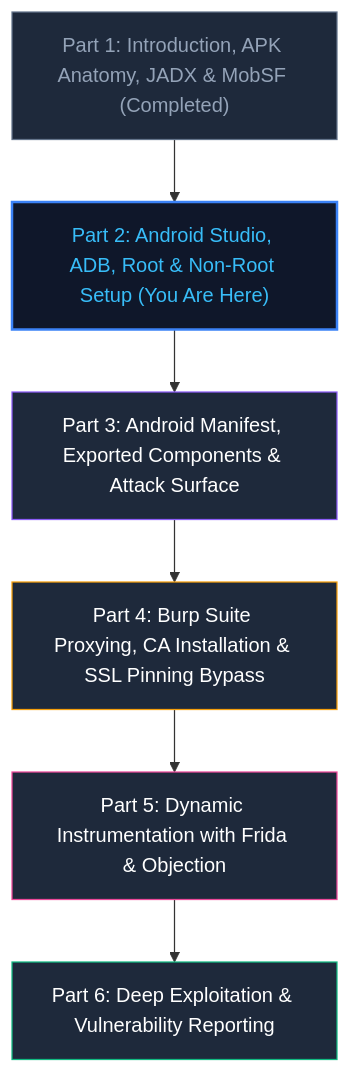
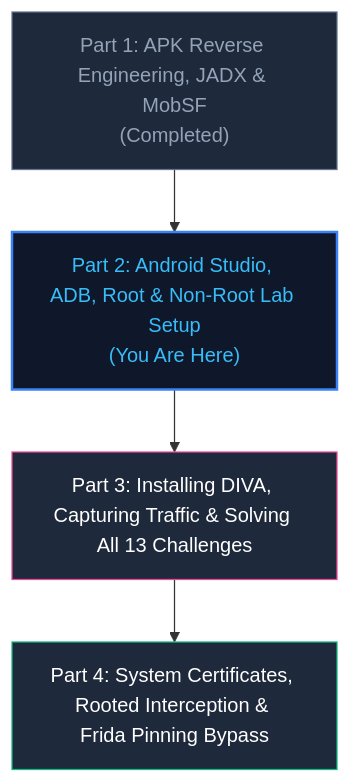
Before and after one commit to sivaoffl04/Cyber-Blog: the eighth of 8 diagrams in Android_pentest/Android Studio, ADB, Root & Non-Root Lab Setup/README.md, drawn with Mermaid. The commit also changed other lines of this file and 8 other files, not shown here.

First line of the commit message:
docs(android-pentest): enhance parts 1-4 with deep technical analysis and accurate course sync

````diff
--- a/Android_pentest/Android Studio, ADB, Root & Non-Root Lab Setup/README.md
+++ b/Android_pentest/Android Studio, ADB, Root & Non-Root Lab Setup/README.md
@@ -1031,23 +1136,16 @@
 ```mermaid
-
 flowchart TD
-    P1["Part 1: Introduction, APK Anatomy, JADX & MobSF (Completed)"]
-    P2["Part 2: Android Studio, ADB, Root & Non-Root Setup (You Are Here)"]
-    P3["Part 3: Android Manifest, Exported Components & Attack Surface"]
-    P4["Part 4: Burp Suite Proxying, CA Installation & SSL Pinning Bypass"]
-    P5["Part 5: Dynamic Instrumentation with Frida & Objection"]
-    P6["Part 6: Deep Exploitation & Vulnerability Reporting"]
+    P1["Part 1: APK Reverse Engineering, JADX & MobSF\n(Completed)"]
+    P2["Part 2: Android Studio, ADB, Root & Non-Root Lab Setup\n(You Are Here)"]
+    P3["Part 3: Installing DIVA, Capturing Traffic & Solving All 13 Challenges"]
+    P4["Part 4: System Certificates, Rooted Interception & Frida Pinning Bypass"]
 
     P1 --> P2
     P2 --> P3
     P3 --> P4
-    P4 --> P5
-    P5 --> P6
 
     style P1 fill:#1e293b,stroke:#64748b,color:#94a3b8
     style P2 fill:#0f172a,stroke:#3b82f6,stroke-width:2px,color:#38bdf8
-    style P3 fill:#1e293b,stroke:#8b5cf6,color:#fff
-    style P4 fill:#1e293b,stroke:#f59e0b,color:#fff
-    style P5 fill:#1e293b,stroke:#ec4899,color:#fff
-    style P6 fill:#1e293b,stroke:#10b981,color:#fff
+    style P3 fill:#1e293b,stroke:#ec4899,color:#fff
+    style P4 fill:#1e293b,stroke:#10b981,color:#fff
 ```
````
